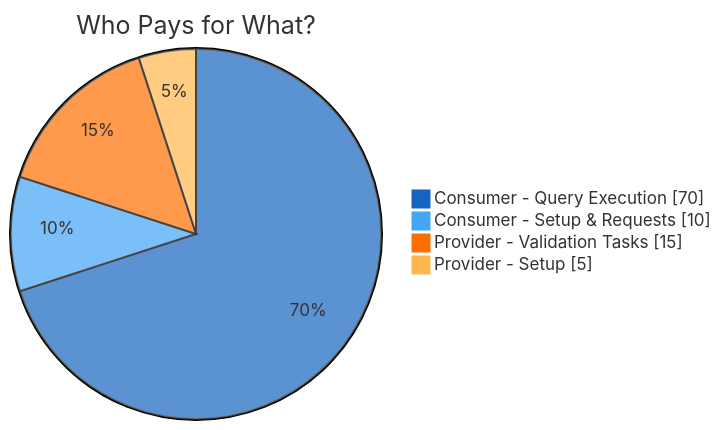
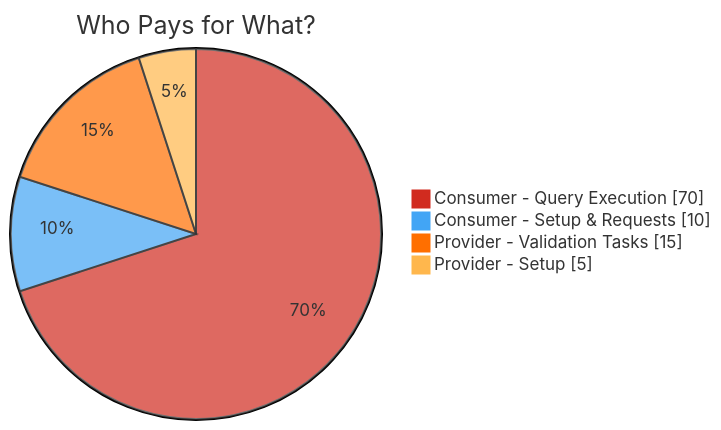
One commit to sfc-gh-vshiv/sfquickstart-data-clean-room changed the third of 5 diagrams in DCR_Flow_and_Cost_Guide.md. Above: the diagram before and after it, drawn with Mermaid.

Commit message:
Update pie chart colors in DCR Flow and Cost Guide for improved visual representation

````diff
--- a/DCR_Flow_and_Cost_Guide.md
+++ b/DCR_Flow_and_Cost_Guide.md
@@ -142,9 +142,9 @@
 ```mermaid
-%%{init: {'theme': 'base', 'themeVariables': { 'pie1': '#1565C0', 'pie2': '#42A5F5', 'pie3': '#FF6F00', 'pie4': '#FFB74D', 'pieStrokeColor': '#333', 'pieStrokeWidth': '2px'}}}%%
+%%{init: {'theme': 'base', 'themeVariables': { 'pie1': '#d12b1f', 'pie2': '#42A5F5', 'pie3': '#FF6F00', 'pie4': '#FFB74D', 'pieStrokeColor': '#333', 'pieStrokeWidth': '2px'}}}%%
 pie showData
     title Who Pays for What?
     "Consumer - Query Execution" : 70
     "Consumer - Setup & Requests" : 10
     "Provider - Validation Tasks" : 15
     "Provider - Setup" : 5
 ```
````
